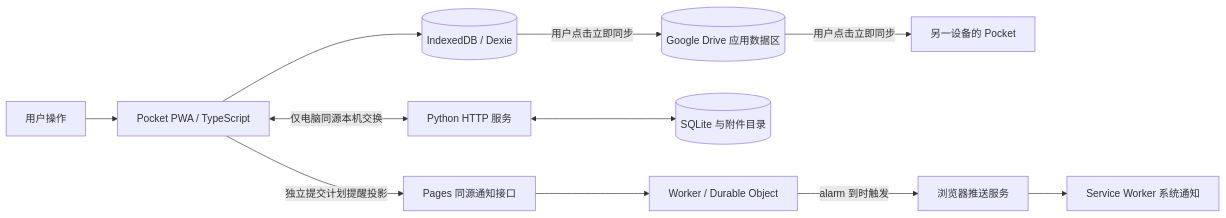
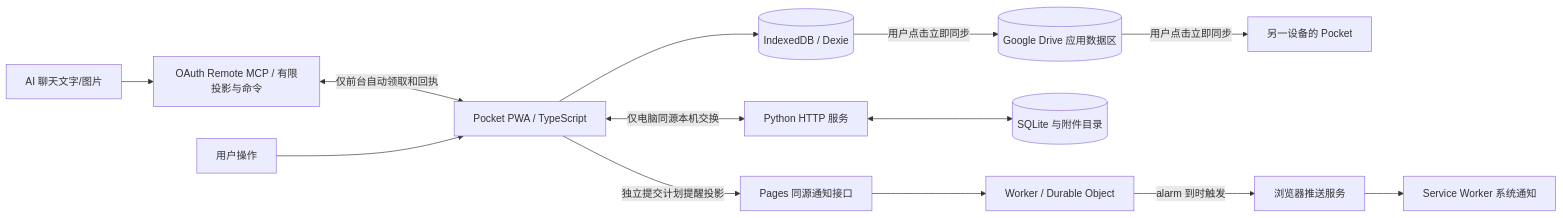
One commit to ZheyuanZeno/lifeos3.0 changed the diagram in README.md. Above: the diagram before and after it, drawn with Mermaid. The commit also changed other lines of this file and 26 other files, not shown here.

Commit message:
Add OAuth remote MCP connector with safe foreground command delivery

```diff
--- a/README.md
+++ b/README.md
@@ -24,13 +25,15 @@
 ~~~mermaid
 flowchart LR
+    Chat[AI 聊天文字/图片] --> MCP[OAuth Remote MCP / 有限投影与命令]
+    MCP <-->|仅前台自动领取和回执| Pocket
     User[用户操作] --> Pocket[Pocket PWA / TypeScript]
     Pocket --> Local[(IndexedDB / Dexie)]
     Local -->|用户点击立即同步| Drive[(Google Drive 应用数据区)]
     Drive -->|用户点击立即同步| Other[另一设备的 Pocket]
     Pocket <-->|仅电脑同源本机交换| Python[Python HTTP 服务]
     Python <--> SQLite[(SQLite 与附件目录)]
     Pocket -->|独立提交计划提醒投影| Pages[Pages 同源通知接口]
     Pages --> Hub[Worker / Durable Object]
     Hub -->|alarm 到时触发| Push[浏览器推送服务]
     Push --> SW[Service Worker 系统通知]
 ~~~
```
